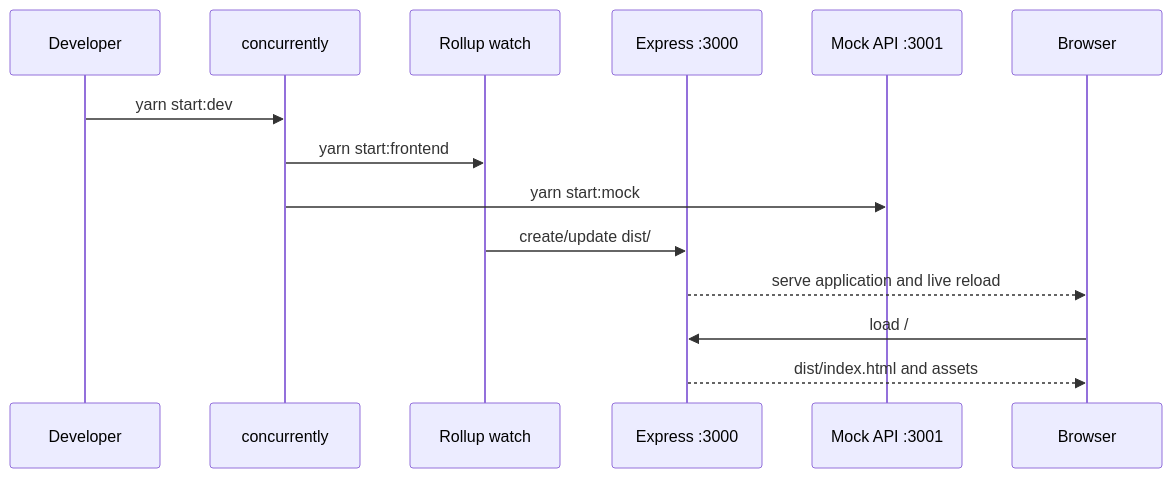
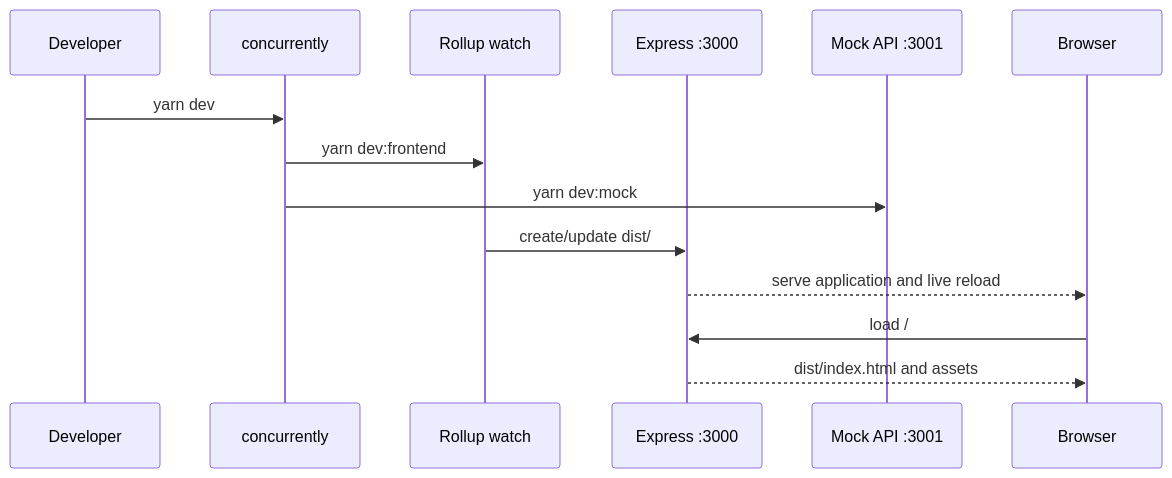
One commit to elvido/Solid-Calculator changed the second of 4 diagrams in ARCHITECTURE.md. Above: the diagram before and after it, drawn with Mermaid. The commit also changed other lines of this file and 27 other files, not shown here.

````diff
--- a/ARCHITECTURE.md
+++ b/ARCHITECTURE.md
@@ -61,17 +61,17 @@
 ```mermaid
 sequenceDiagram
     participant Dev as Developer
     participant Concurrent as concurrently
     participant Rollup as Rollup watch
     participant Frontend as Express :3000
     participant Mock as Mock API :3001
     participant Browser as Browser
 
-    Dev->>Concurrent: yarn start:dev
-    Concurrent->>Rollup: yarn start:frontend
-    Concurrent->>Mock: yarn start:mock
+    Dev->>Concurrent: yarn dev
+    Concurrent->>Rollup: yarn dev:frontend
+    Concurrent->>Mock: yarn dev:mock
     Rollup->>Frontend: create/update dist/
     Frontend-->>Browser: serve application and live reload
     Browser->>Frontend: load /
     Frontend-->>Browser: dist/index.html and assets
 ```
````
